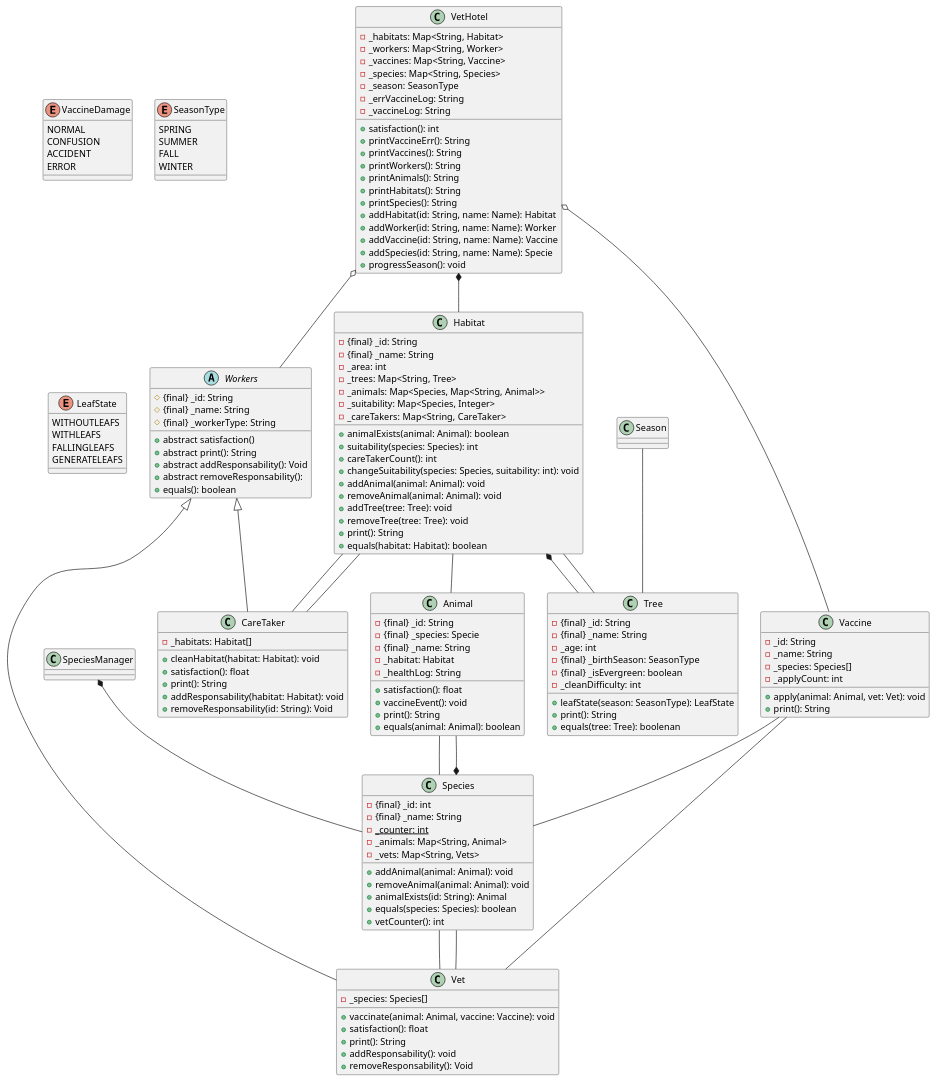
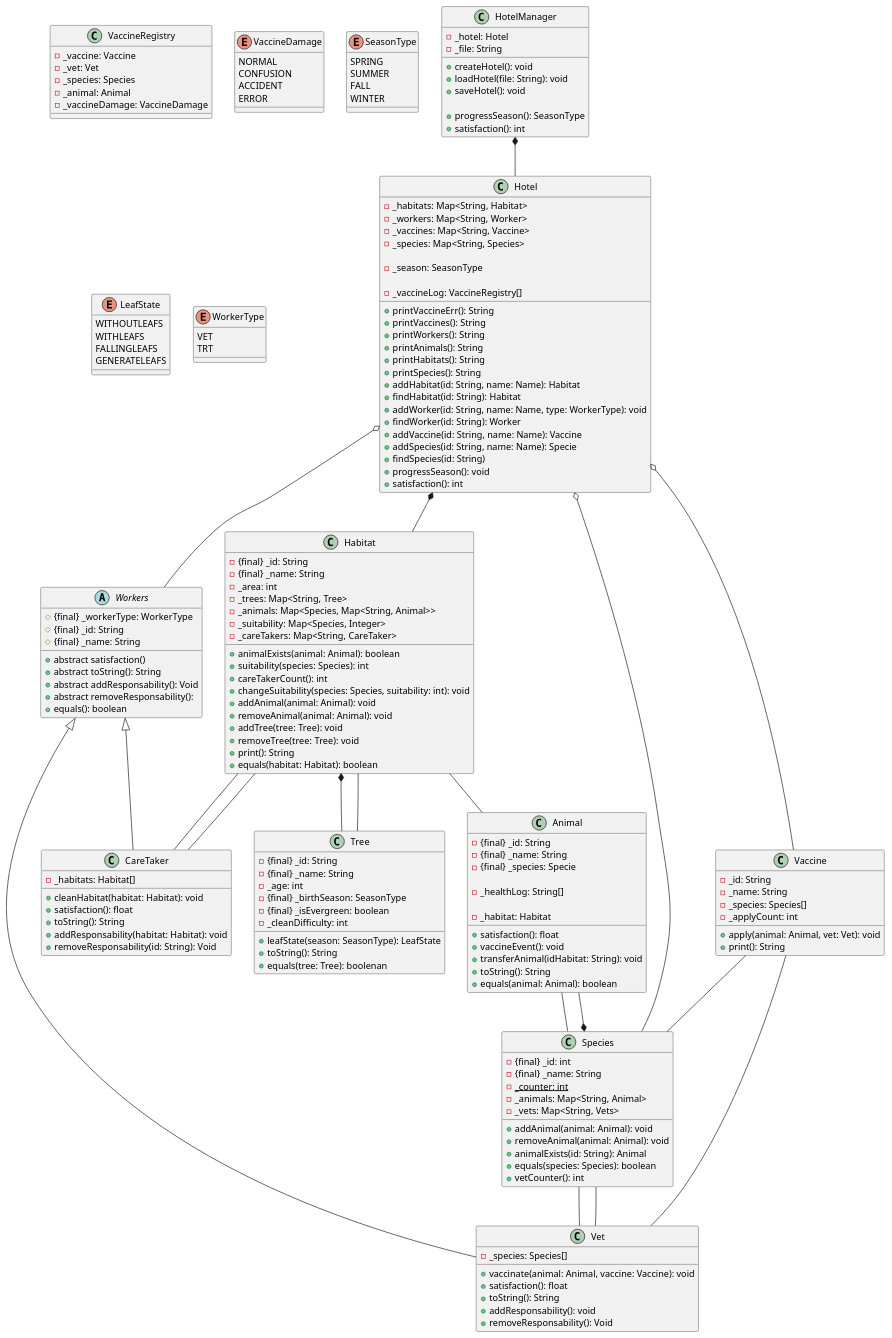
Before and after one commit to SkyDev125/po_project: the diagram in vet.puml, drawn with PlantUML.

Commit message:
Refactor VetHotel class and add missing methods

```diff
--- a/vet.puml
+++ b/vet.puml
@@ -11,17 +11,30 @@
 ' -- -> association line
 ' ..> -> dependency dotted line
 
-class VetHotel{
+class HotelManager{
+    - _hotel: Hotel
+    - _file: String
+
+    ' Hotel management
+    + createHotel(): void
+    + loadHotel(file: String): void
+    + saveHotel(): void
+
+    ' These commands are repeated here, due to belonging to main menu
+    + progressSeason(): SeasonType
+    + satisfaction(): int
+}
+
+class Hotel{
     - _habitats: Map<String, Habitat>
     - _workers: Map<String, Worker>
     - _vaccines: Map<String, Vaccine>
     - _species: Map<String, Species>
+
     ' Check how to notify tree listeners.
     - _season: SeasonType
-    ' Decide if we should only use one log (for loop), or have the error log
-    - _errVaccineLog: String
-    - _vaccineLog: String
-    + satisfaction(): int
+
+    - _vaccineLog: VaccineRegistry[]
     + printVaccineErr(): String
     + printVaccines(): String
     + printWorkers(): String
@@ -29,10 +42,17 @@
     + printHabitats(): String
     + printSpecies(): String
     + addHabitat(id: String, name: Name): Habitat
-    + addWorker(id: String, name: Name): Worker
+    + findHabitat(id: String): Habitat
+    + addWorker(id: String, name: Name, type: WorkerType): void
+    + findWorker(id: String): Worker
     + addVaccine(id: String, name: Name): Vaccine
     + addSpecies(id: String, name: Name): Specie
+    + findSpecies(id: String)
+
+    ' Species have animals... should species have addAnimal() or here?
+    
     + progressSeason(): void
+    + satisfaction(): int
 }
 
 class Habitat{
@@ -69,6 +89,83 @@
     + vetCounter(): int
 }
 
+class Animal{
+    - {final} _id: String
+    - {final} _name: String
+    - {final} _species: Specie
+
+    ' Should we have a healthlog here that saves the VaccineDamage?
+    ' Or should we just use the VaccineRegistry in Hotel and
+    ' filter for the specific animal?
+    - _healthLog: String[]
+
+    - _habitat: Habitat
+    + satisfaction(): float
+    + vaccineEvent(): void
+    + transferAnimal(idHabitat: String): void
+    + toString(): String
+    + equals(animal: Animal): boolean
+}
+
+Class Tree{
+    - {final} _id: String
+    - {final} _name: String
+    - _age: int
+    - {final} _birthSeason: SeasonType
+    - {final} _isEvergreen: boolean
+    - _cleanDifficulty: int
+    + leafState(season: SeasonType): LeafState
+    + toString(): String
+    + equals(tree: Tree): boolenan
+}
+
+abstract class Workers{
+    # {final} _workerType: WorkerType
+    # {final} _id: String
+    # {final} _name: String
+    + abstract satisfaction()
+    + abstract toString(): String
+    + abstract addResponsability(): Void
+    + abstract removeResponsability(): 
+    + equals(): boolean
+}
+
+class CareTaker extends Workers{
+    - _habitats: Habitat[]
+    + cleanHabitat(habitat: Habitat): void
+    + satisfaction(): float
+    + toString(): String
+    + addResponsability(habitat: Habitat): void
+    + removeResponsability(id: String): Void
+}
+
+class Vet extends Workers{
+    - _species: Species[]
+    + vaccinate(animal: Animal, vaccine: Vaccine): void
+    + satisfaction(): float
+    + toString(): String
+    + addResponsability(): void
+    + removeResponsability(): Void
+}
+
+Class Vaccine {
+    - _id: String
+    - _name: String
+    - _species: Species[]
+    - _applyCount: int
+    + apply(animal: Animal, vet: Vet): void
+    + print(): String
+}
+
+Class VaccineRegistry{
+    - _vaccine: Vaccine
+    - _vet: Vet
+    - _species: Species
+    - _animal: Animal
+    - _vaccineDamage: VaccineDamage
+}
+
+
 enum VaccineDamage {
     NORMAL
     CONFUSION
@@ -90,73 +187,18 @@
     GENERATELEAFS
 }
 
-
-class Animal{
-    - {final} _id: String
-    - {final} _species: Specie
-    - {final} _name: String
-    - _habitat: Habitat
-    - _healthLog: String
-    + satisfaction(): float
-    + vaccineEvent(): void
-    + print(): String
-    + equals(animal: Animal): boolean
+enum WorkerType {
+    VET
+    TRT
 }
 
-Class Tree{
-    - {final} _id: String
-    - {final} _name: String
-    - _age: int
-    - {final} _birthSeason: SeasonType
-    - {final} _isEvergreen: boolean
-    - _cleanDifficulty: int
-    + leafState(season: SeasonType): LeafState
-    + print(): String
-    + equals(tree: Tree): boolenan
-}
+' Relationships
+HotelManager *-- Hotel
 
-abstract class Workers{
-    # {final} _id: String
-    # {final} _name: String
-    # {final} _workerType: String
-    + abstract satisfaction()
-    + abstract print(): String
-    + abstract addResponsability(): Void
-    + abstract removeResponsability(): 
-    + equals(): boolean
-}
-
-class CareTaker extends Workers{
-    - _habitats: Habitat[]
-    + cleanHabitat(habitat: Habitat): void
-    + satisfaction(): float
-    + print(): String
-    + addResponsability(habitat: Habitat): void
-    + removeResponsability(id: String): Void
-}
-
-class Vet extends Workers{
-    - _species: Species[]
-    + vaccinate(animal: Animal, vaccine: Vaccine): void
-    + satisfaction(): float
-    + print(): String
-    + addResponsability(): void
-    + removeResponsability(): Void
-}
-
-Class Vaccine {
-    - _id: String
-    - _name: String
-    - _species: Species[]
-    - _applyCount: int
-    '- _log: String
-    + apply(animal: Animal, vet: Vet): void
-    + print(): String
-}
-
-VetHotel *--  Habitat
-VetHotel o-- Workers
-VetHotel o-- Vaccine
+Hotel *--  Habitat
+Hotel o-- Workers
+Hotel o-- Vaccine
+Hotel o-- Species
 
 Habitat *-- Tree
 Habitat -- Animal
@@ -165,13 +207,9 @@
 Species *-- Animal
 Species -- Vet
 
-SpeciesManager *-- Species
-
 Animal -- Species
 
 Tree -- Habitat
-
-Season -- Tree
 
 CareTaker -- Habitat
 
```
